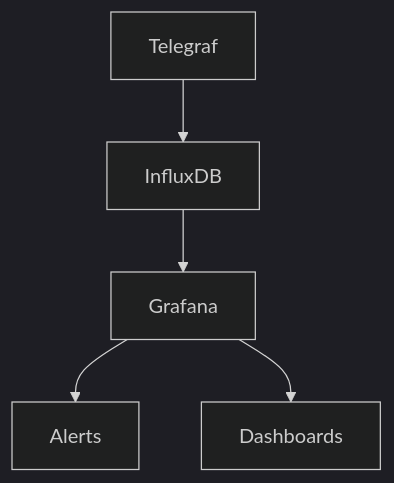
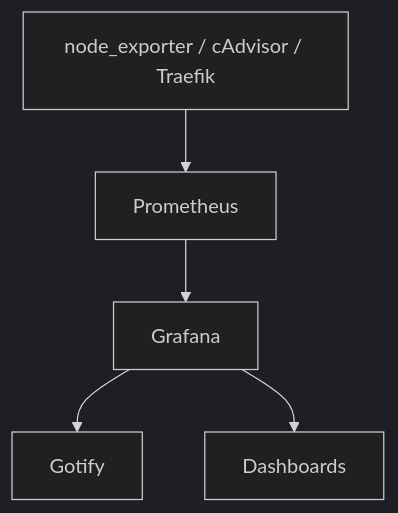
One commit to tim-oe/home_server changed the second of 3 diagrams in docs/service_configuration.md. Above: the diagram before and after it, drawn with Mermaid (dark theme). The commit also changed other lines of this file and 22 other files, not shown here.

````diff
--- a/docs/service_configuration.md
+++ b/docs/service_configuration.md
@@ -184,7 +185,7 @@
 ```mermaid
 graph TD
-    A[Telegraf] --> B[InfluxDB]
+    A[node_exporter / cAdvisor / Traefik] --> B[Prometheus]
     B --> C[Grafana]
-    C --> D[Alerts]
+    C --> D[Gotify]
     C --> E[Dashboards]
 ```
````
